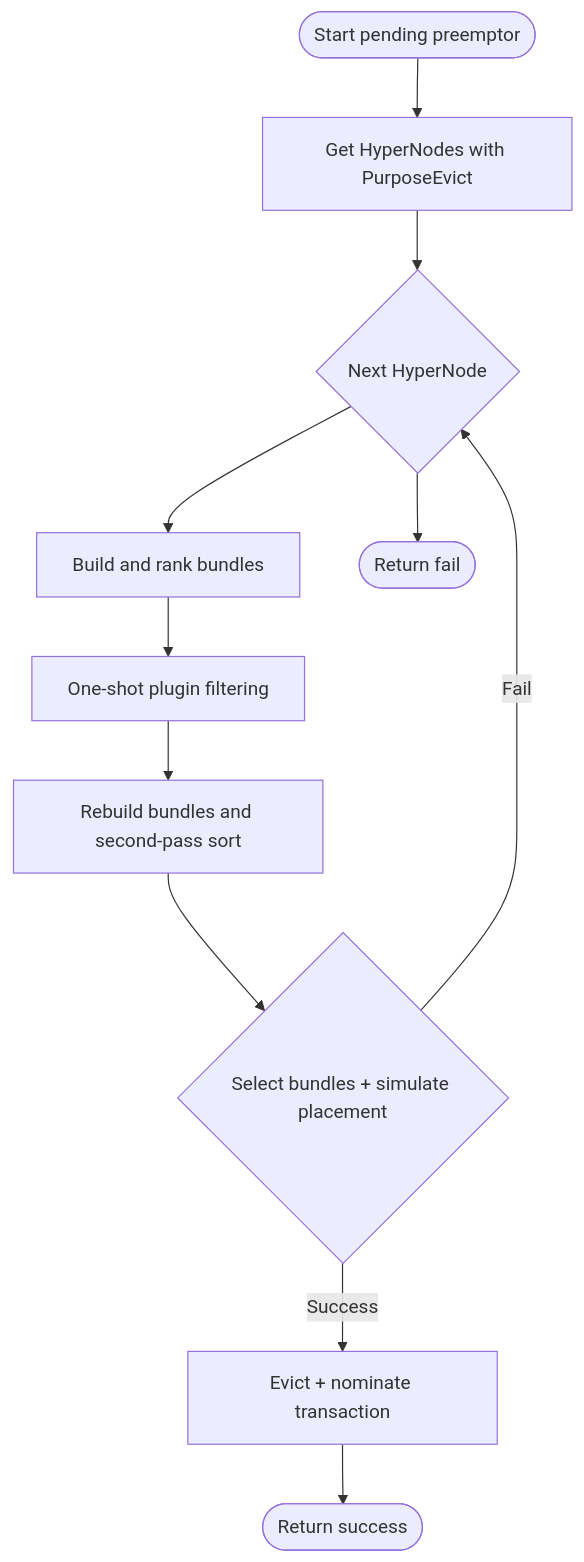
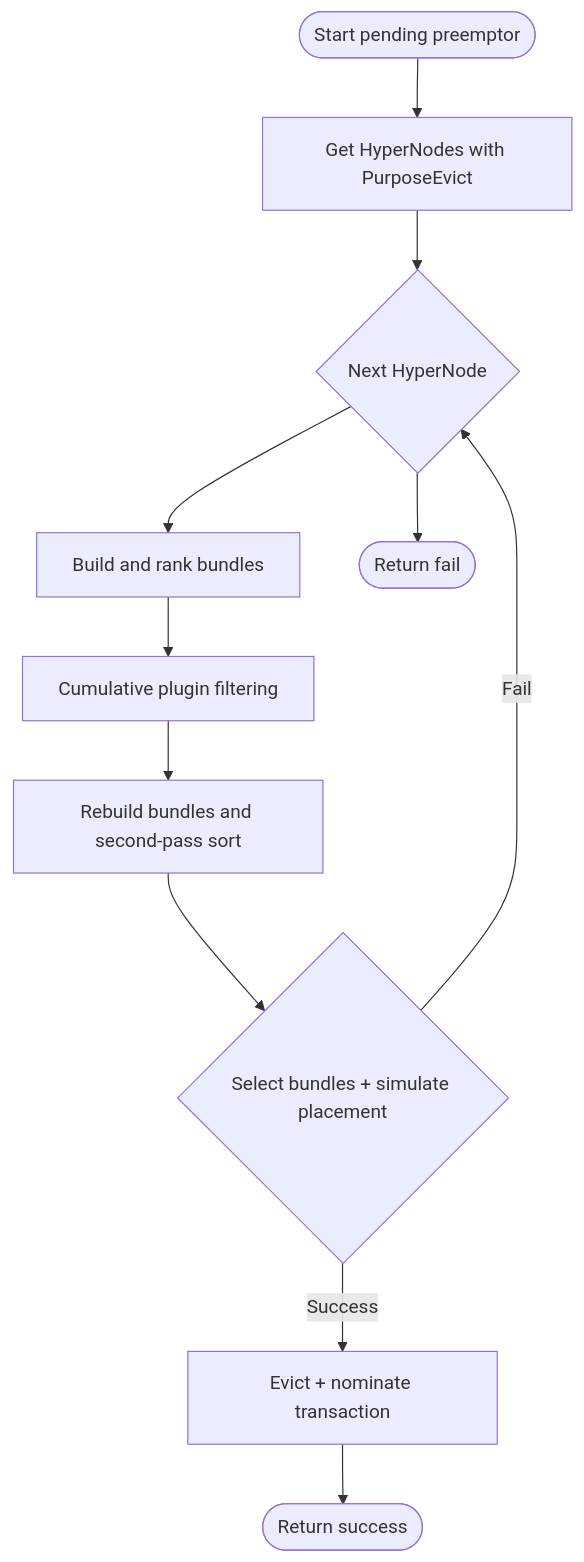
Before and after one commit to volcano-sh/volcano: the second of 2 diagrams in docs/design/gang-aware-eviction-design.md, drawn with Mermaid. The commit also changed other lines of this file and 8 other files, not shown here.

````diff
--- a/docs/design/gang-aware-eviction-design.md
+++ b/docs/design/gang-aware-eviction-design.md
@@ -123,13 +130,13 @@
 ```mermaid
 flowchart TB
     S([Start pending preemptor]) --> H[Get HyperNodes with PurposeEvict]
     H --> L{Next HyperNode}
     L --> B[Build and rank bundles]
-    B --> F[One-shot plugin filtering]
+    B --> F[Cumulative plugin filtering]
     F --> R[Rebuild bundles and second-pass sort]
     R --> P{Select bundles + simulate placement}
     P -- Success --> C[Evict + nominate transaction]
     C --> OK([Return success])
     P -- Fail --> L
     L --> X([Return fail])
 ```
````
